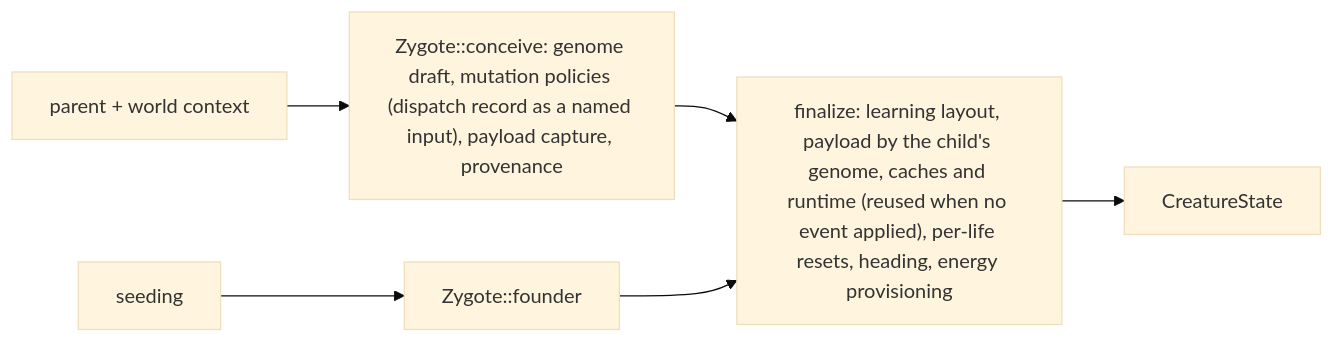
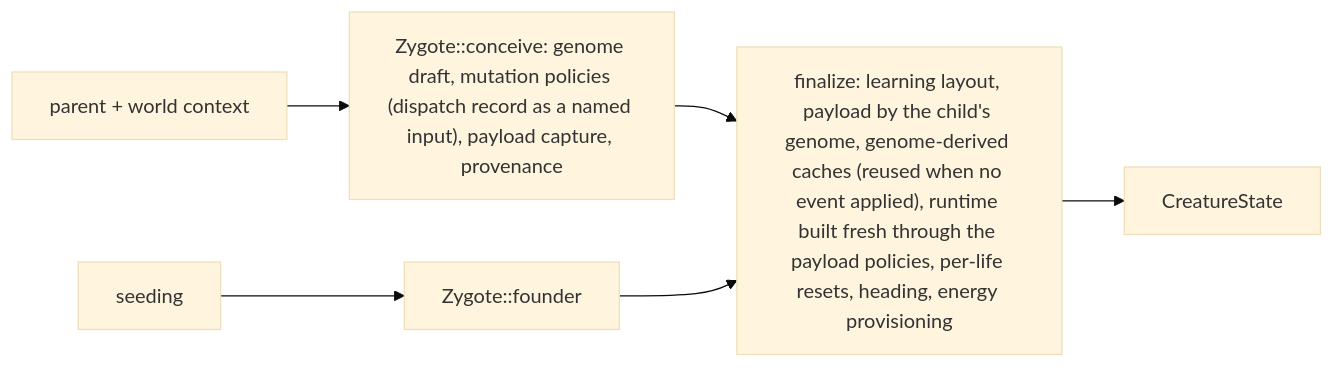
Before and after one commit to iadknet/petri: the fourth of 4 diagrams in docs/architecture.md, drawn with Mermaid (base theme). The commit also changed other lines of this file and 6 other files, not shown here.

First line of the commit message:
docs(architecture): adopt the adversarial review: inheritance mappings, scheduling and mechanics, direct imports, two memory masks

````diff
--- a/docs/architecture.md
+++ b/docs/architecture.md
@@ -183,8 +233,8 @@
 ```mermaid
 flowchart LR
   P["parent + world context"] --> C["Zygote::conceive: genome draft, mutation policies (dispatch record as a named input), payload capture, provenance"]
   F0["seeding"] --> Z0["Zygote::founder"]
-  C --> FIN["finalize: learning layout, payload by the child's genome, caches and runtime (reused when no event applied), per-life resets, heading, energy provisioning"]
+  C --> FIN["finalize: learning layout, payload by the child's genome, genome-derived caches (reused when no event applied), runtime built fresh through the payload policies, per-life resets, heading, energy provisioning"]
   Z0 --> FIN
   FIN --> CS["CreatureState"]
 ```
````
